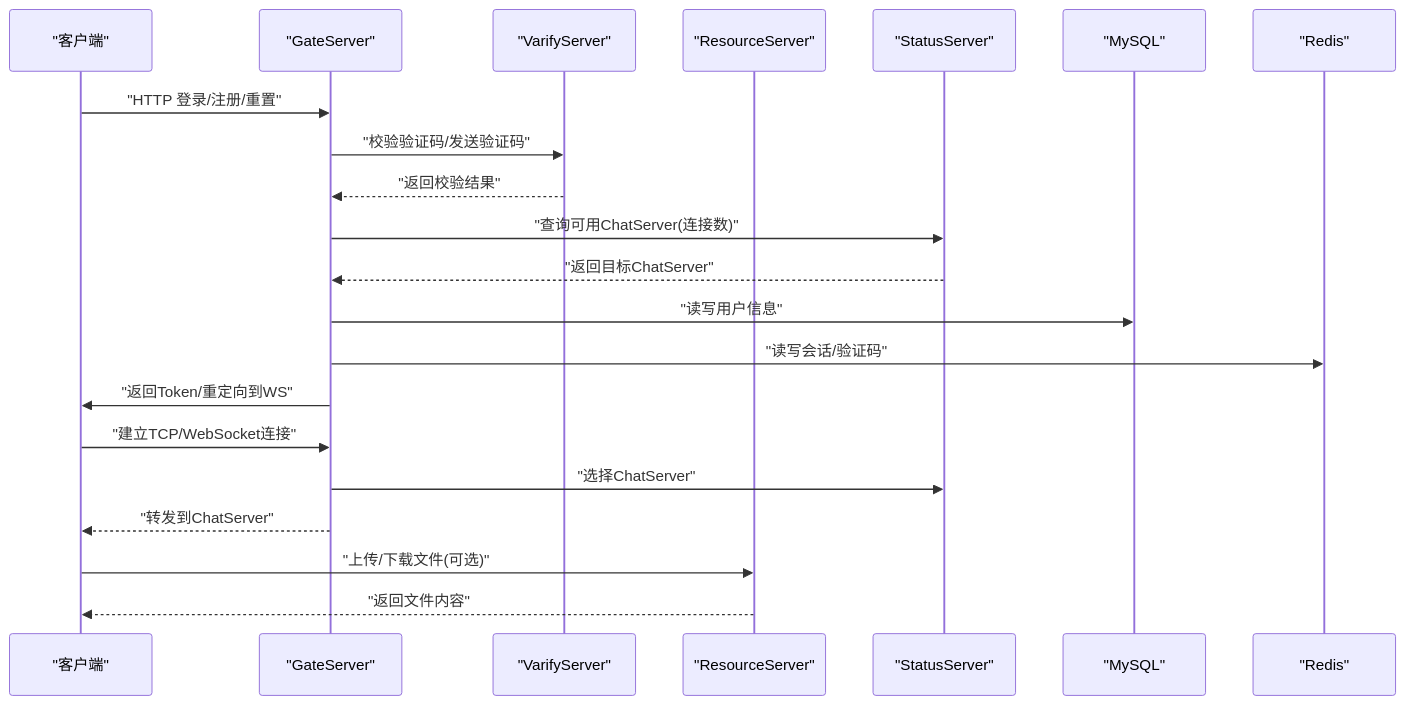
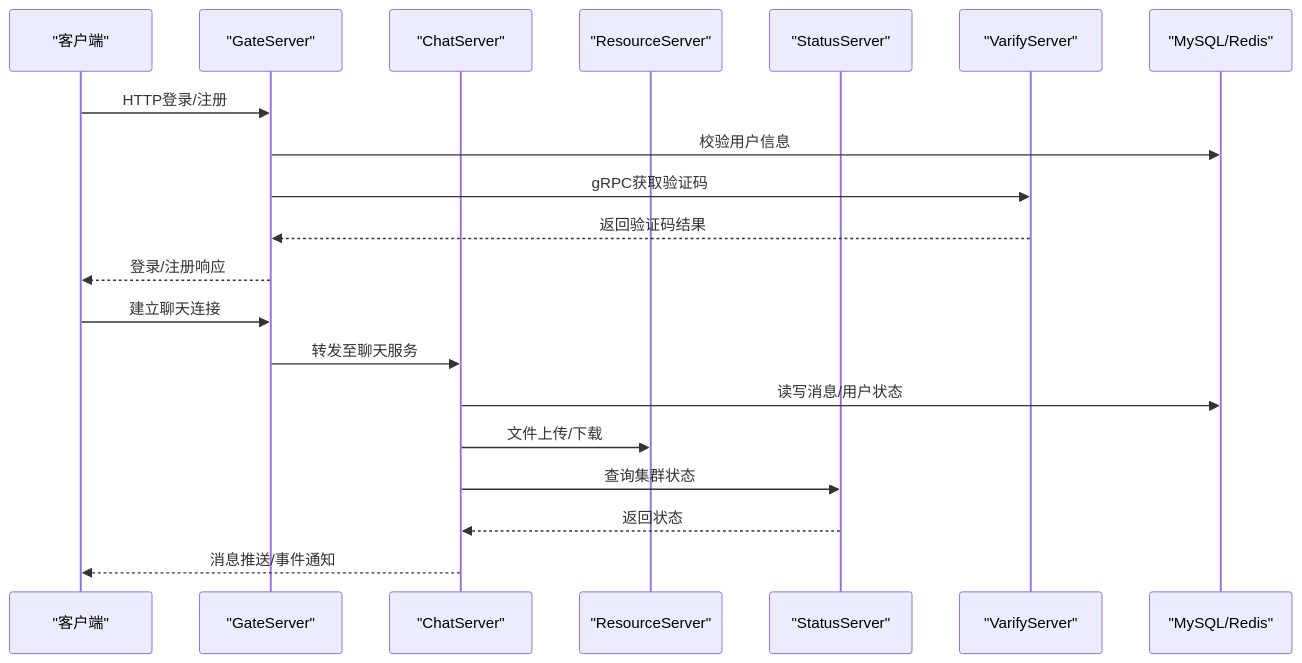
The second of 5 diagrams in .qoder/repowiki/zh/content/部署运维/部署运维.md (echo9923/mychatter), drawn with Mermaid before and after one commit. The commit also changed other lines of this file and 526 other files, not shown here.

````diff
--- a/.qoder/repowiki/zh/content/部署运维/部署运维.md
+++ b/.qoder/repowiki/zh/content/部署运维/部署运维.md
@@ -99,23 +124,22 @@
 ```mermaid
 sequenceDiagram
-participant C as "客户端"
-participant G as "GateServer"
-participant V as "VarifyServer"
-participant R as "ResourceServer"
-participant S as "StatusServer"
-participant M as "MySQL"
-participant D as "Redis"
-C->>G : "HTTP 登录/注册/重置"
-G->>V : "校验验证码/发送验证码"
-V-->>G : "返回校验结果"
-G->>S : "查询可用ChatServer(连接数)"
-S-->>G : "返回目标ChatServer"
-G->>M : "读写用户信息"
-G->>D : "读写会话/验证码"
-G->>C : "返回Token/重定向到WS"
-C->>G : "建立TCP/WebSocket连接"
-G->>S : "选择ChatServer"
-G-->>C : "转发到ChatServer"
-C->>R : "上传/下载文件(可选)"
-R-->>C : "返回文件内容"
+participant Client as "客户端"
+participant Gate as "GateServer"
+participant Chat as "ChatServer"
+participant Res as "ResourceServer"
+participant Stat as "StatusServer"
+participant Var as "VarifyServer"
+participant DB as "MySQL/Redis"
+Client->>Gate : HTTP登录/注册
+Gate->>DB : 校验用户信息
+Gate->>Var : gRPC获取验证码
+Var-->>Gate : 返回验证码结果
+Gate-->>Client : 登录/注册响应
+Client->>Gate : 建立聊天连接
+Gate->>Chat : 转发至聊天服务
+Chat->>DB : 读写消息/用户状态
+Chat->>Res : 文件上传/下载
+Chat->>Stat : 查询集群状态
+Stat-->>Chat : 返回状态
+Chat-->>Client : 消息推送/事件通知
 ```
````
